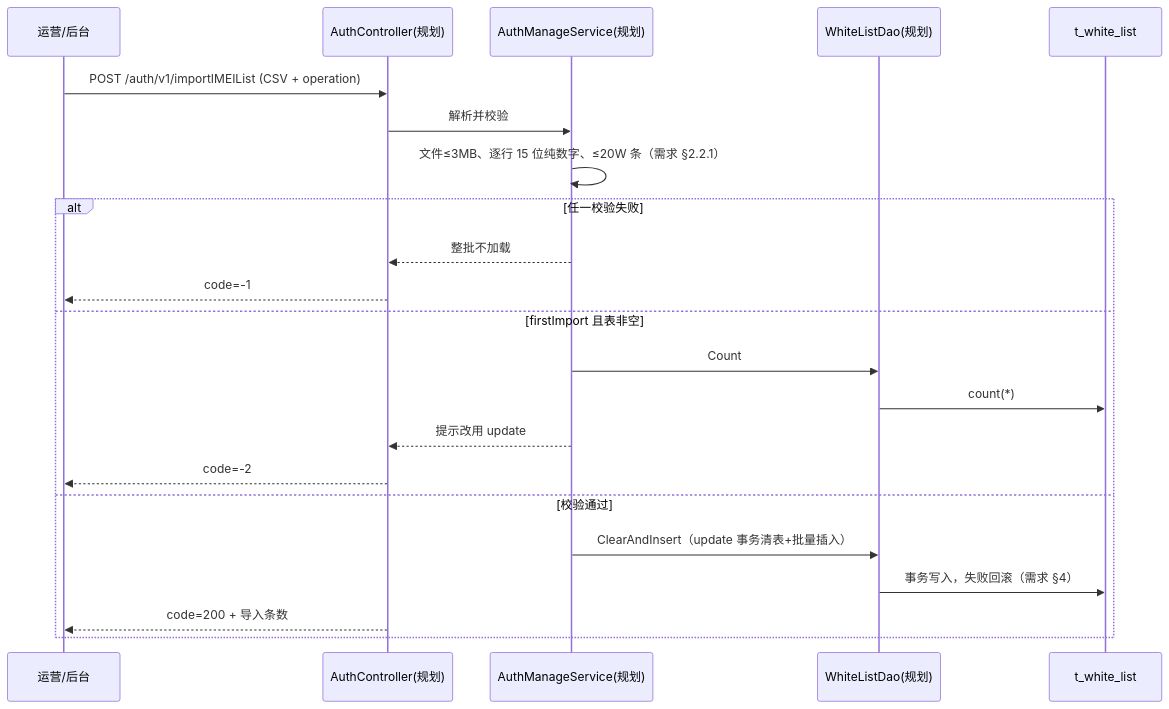
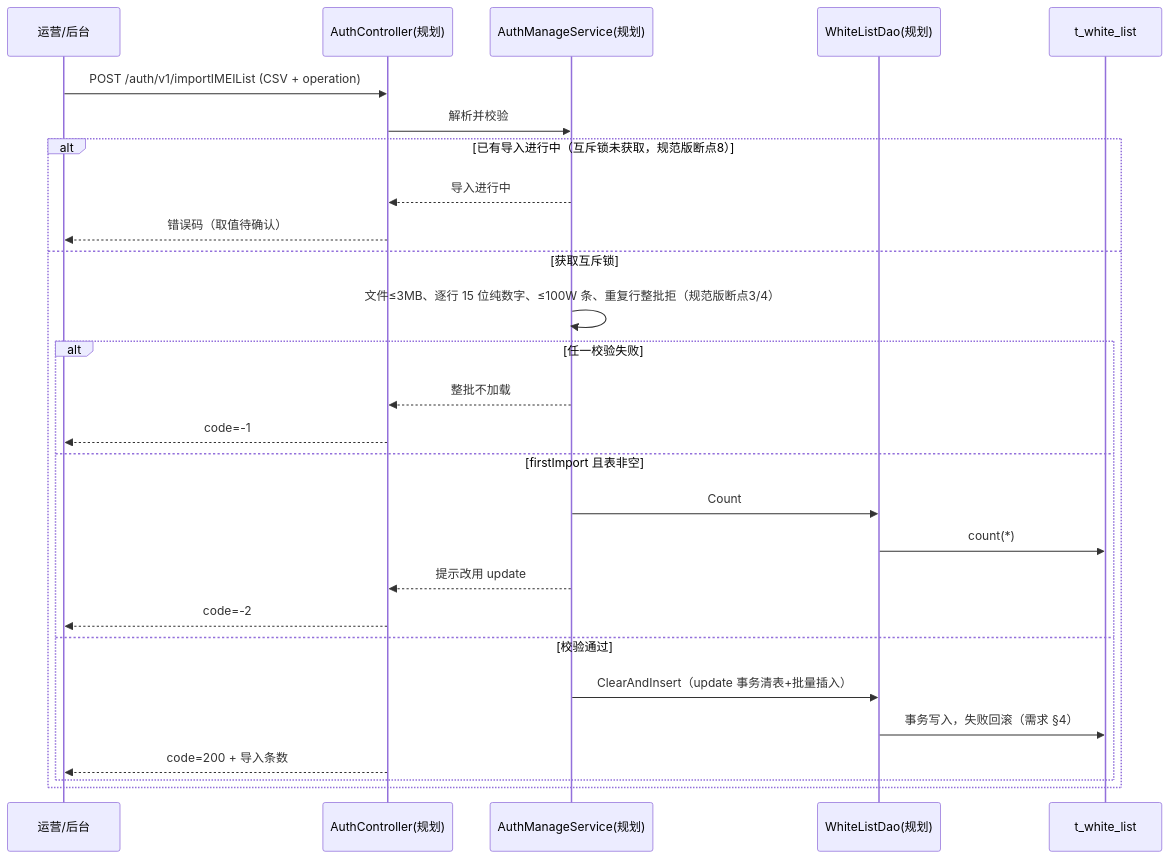
Before and after one commit to CoreGeekASTL/AIAction: the third of 6 diagrams in docs/story/feature-terminal-auth.md, drawn with Mermaid. The commit also changed other lines of this file and 130 other files, not shown here.

````diff
--- a/docs/story/feature-terminal-auth.md
+++ b/docs/story/feature-terminal-auth.md
@@ -136,24 +140,29 @@
 ```mermaid
 sequenceDiagram
   participant OPS as 运营/后台
   participant C as AuthController(规划)
   participant MS as AuthManageService(规划)
   participant D as WhiteListDao(规划)
   participant DB as t_white_list
   OPS->>C: POST /auth/v1/importIMEIList (CSV + operation)
   C->>MS: 解析并校验
-  MS->>MS: 文件≤3MB、逐行 15 位纯数字、≤20W 条（需求 §2.2.1）
-  alt 任一校验失败
-    MS-->>C: 整批不加载
-    C-->>OPS: code=-1
-  else firstImport 且表非空
-    MS->>D: Count
-    D->>DB: count(*)
-    MS-->>C: 提示改用 update
-    C-->>OPS: code=-2
-  else 校验通过
-    MS->>D: ClearAndInsert（update 事务清表+批量插入）
-    D->>DB: 事务写入，失败回滚（需求 §4）
-    C-->>OPS: code=200 + 导入条数
+  alt 已有导入进行中（互斥锁未获取，规范版断点8）
+    MS-->>C: 导入进行中
+    C-->>OPS: 错误码（取值待确认）
+  else 获取互斥锁
+    MS->>MS: 文件≤3MB、逐行 15 位纯数字、≤100W 条、重复行整批拒（规范版断点3/4）
+    alt 任一校验失败
+      MS-->>C: 整批不加载
+      C-->>OPS: code=-1
+    else firstImport 且表非空
+      MS->>D: Count
+      D->>DB: count(*)
+      MS-->>C: 提示改用 update
+      C-->>OPS: code=-2
+    else 校验通过
+      MS->>D: ClearAndInsert（update 事务清表+批量插入）
+      D->>DB: 事务写入，失败回滚（需求 §4）
+      C-->>OPS: code=200 + 导入条数
+    end
   end
 ```
````
